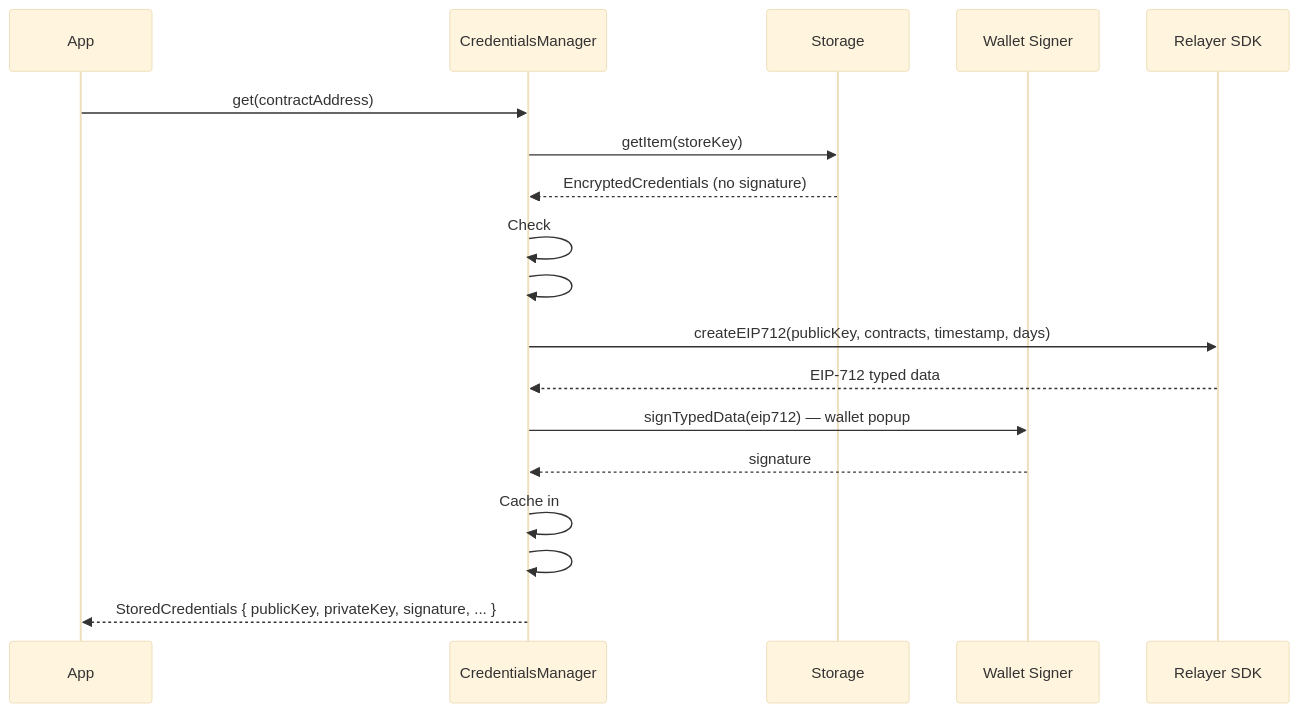
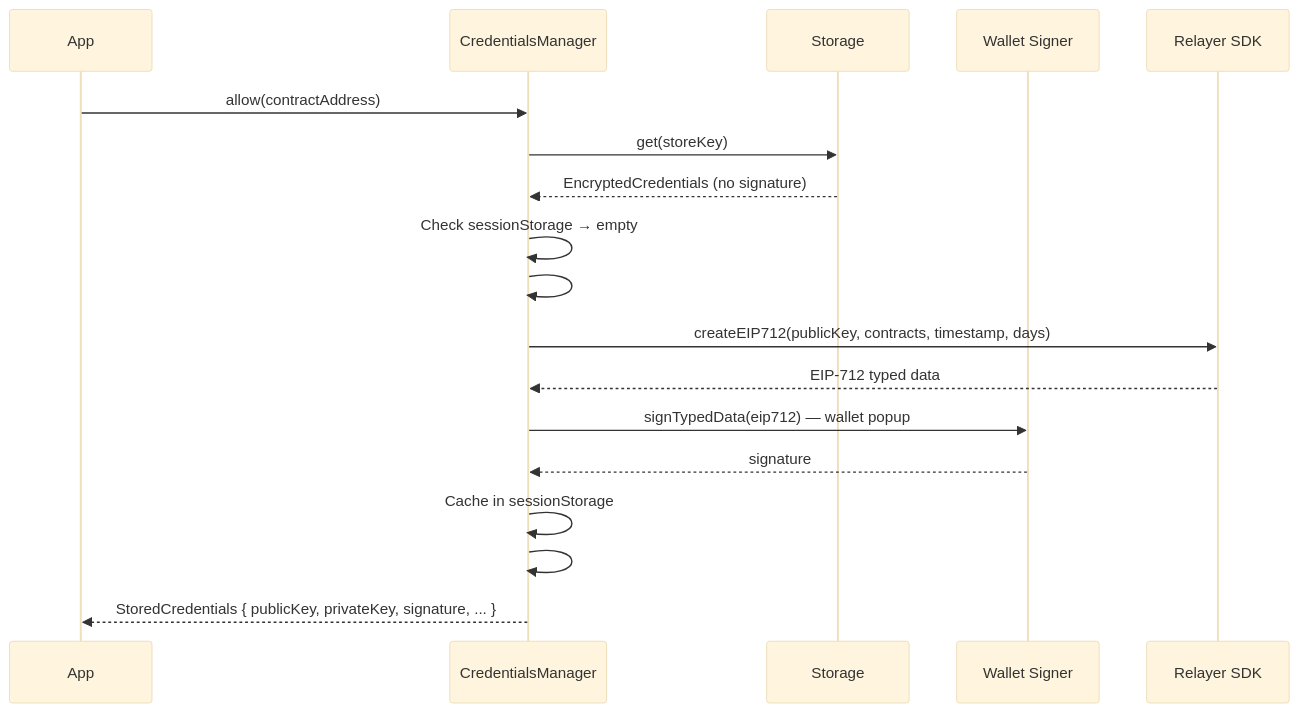
One commit to zama-ai/sdk changed the sixth of 16 diagrams in docs/encryption-architecture.md. Above: the diagram before and after it, drawn with Mermaid (base theme). The commit also changed other lines of this file and 9 other files, not shown here.

First line of the commit message:
docs: update gitbook for new hooks, ChromeSessionStorage singleton, and API renames

````diff
--- a/docs/encryption-architecture.md
+++ b/docs/encryption-architecture.md
@@ -133,21 +133,21 @@
 ```mermaid
 sequenceDiagram
     participant App
     participant CM as CredentialsManager
     participant Store as Storage
     participant Wallet as Wallet Signer
     participant SDK as Relayer SDK
 
-    App->>CM: get(contractAddress)
-    CM->>Store: getItem(storeKey)
+    App->>CM: allow(contractAddress)
+    CM->>Store: get(storeKey)
     Store-->>CM: EncryptedCredentials (no signature)
-    CM->>CM: Check #sessionSignatures → empty
+    CM->>CM: Check sessionStorage → empty
     CM->>CM: #isValidWithoutDecrypt → timestamps OK
     CM->>SDK: createEIP712(publicKey, contracts, timestamp, days)
     SDK-->>CM: EIP-712 typed data
     CM->>Wallet: signTypedData(eip712) — wallet popup
     Wallet-->>CM: signature
-    CM->>CM: Cache in #sessionSignatures
+    CM->>CM: Cache in sessionStorage
     CM->>CM: #decryptCredentials(encrypted, signature)
     CM-->>App: StoredCredentials { publicKey, privateKey, signature, ... }
 ```
````
